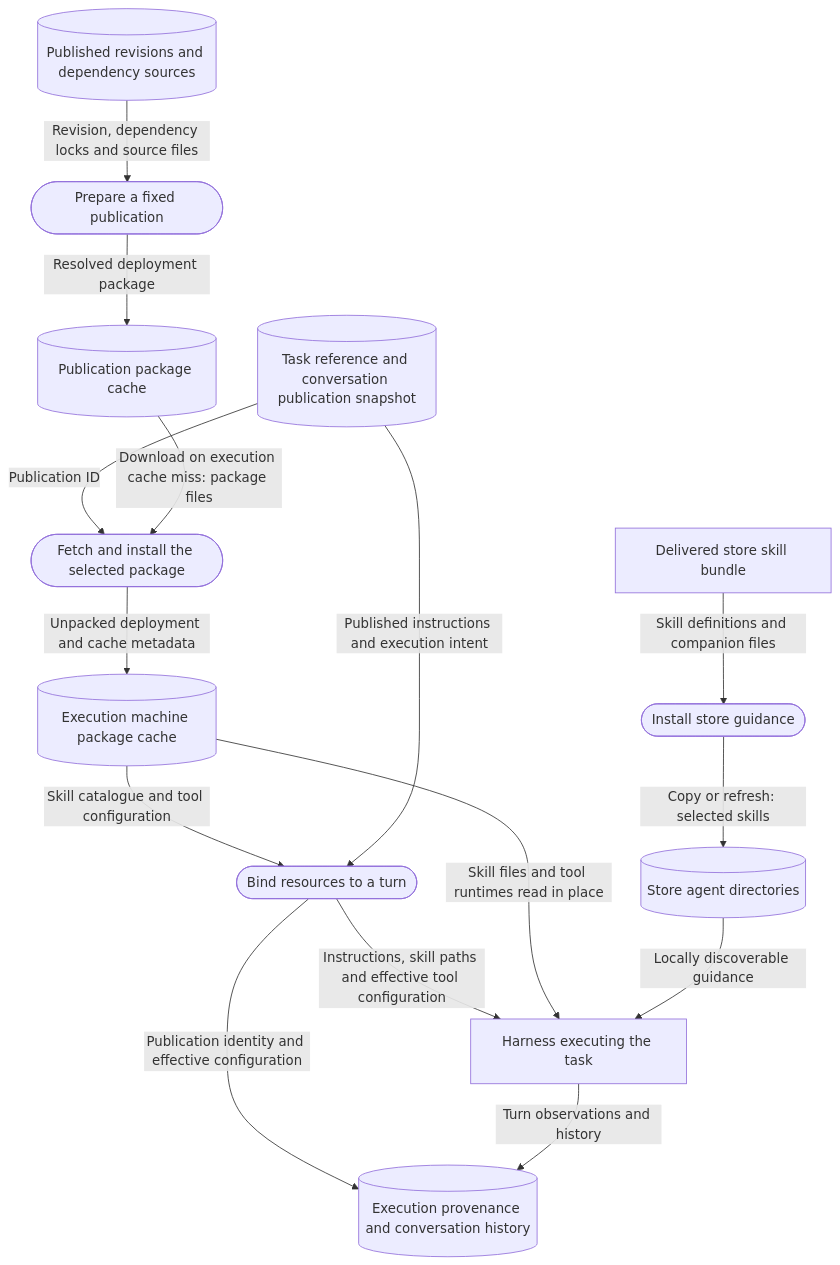
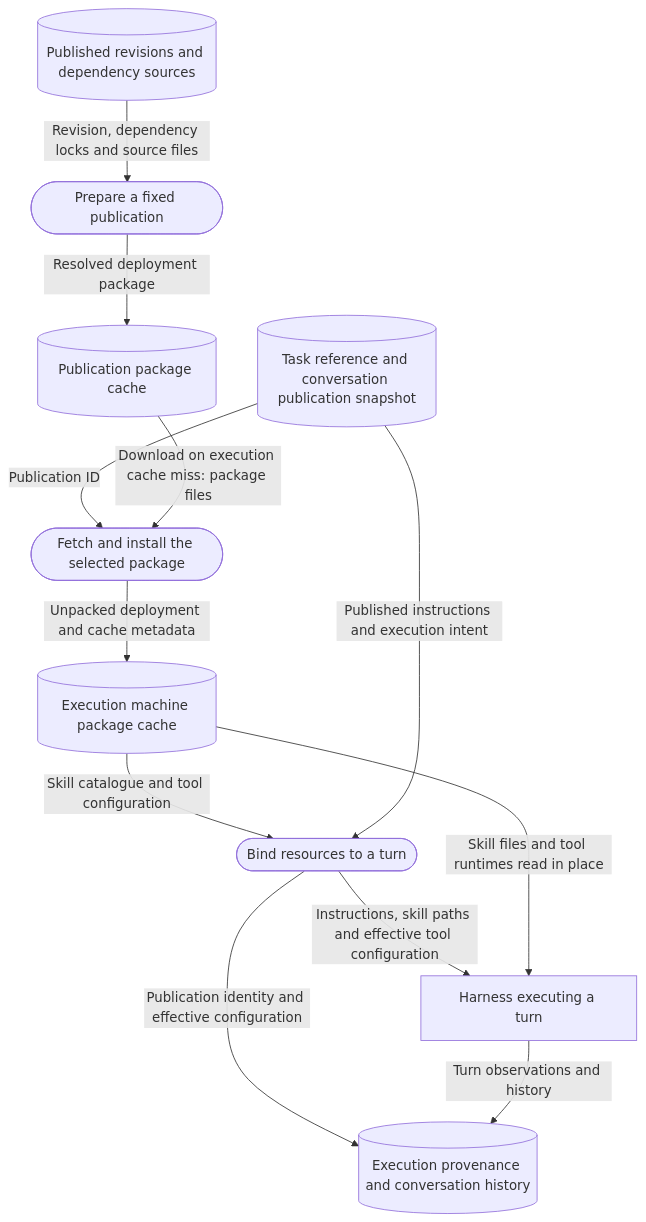
Before and after one commit to kiao-lp/kiao: the second of 2 diagrams in docs/architecture/data/agentic-resources.md, drawn with Mermaid. The commit also changed other lines of this file and 981 other files, not shown here.

````diff
--- a/docs/architecture/data/agentic-resources.md
+++ b/docs/architecture/data/agentic-resources.md
@@ -57,31 +58,24 @@
 ```mermaid
 flowchart TB
     Sources[(Published revisions and dependency sources)]
     Prepare([Prepare a fixed publication])
     Packages[(Publication package cache)]
     Context[(Task reference and conversation publication snapshot)]
     Install([Fetch and install the selected package])
     Installed[(Execution machine package cache)]
     Bind([Bind resources to a turn])
-    Harness[Harness executing the task]
+    Harness[Harness executing a turn]
     Evidence[(Execution provenance and conversation history)]
 
     Sources -->|Revision, dependency locks and source files| Prepare
     Prepare -->|Resolved deployment package| Packages
     Context -->|Publication ID| Install
     Packages -->|Download on execution cache miss: package files| Install
     Install -->|Unpacked deployment and cache metadata| Installed
     Installed -->|Skill catalogue and tool configuration| Bind
     Context -->|Published instructions and execution intent| Bind
     Bind -->|Instructions, skill paths and effective tool configuration| Harness
     Installed -->|Skill files and tool runtimes read in place| Harness
     Bind -->|Publication identity and effective configuration| Evidence
     Harness -->|Turn observations and history| Evidence
-
-    Bundle[Delivered store skill bundle]
-    Sync([Install store guidance])
-    StoreSkills[(Store agent directories)]
-    Bundle -->|Skill definitions and companion files| Sync
-    Sync -->|Copy or refresh: selected skills| StoreSkills
-    StoreSkills -->|Locally discoverable guidance| Harness
 ```
````
